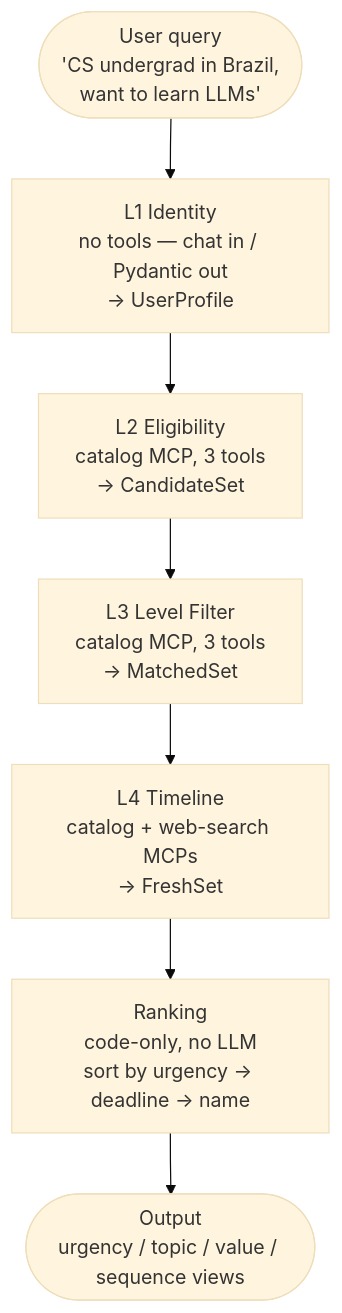
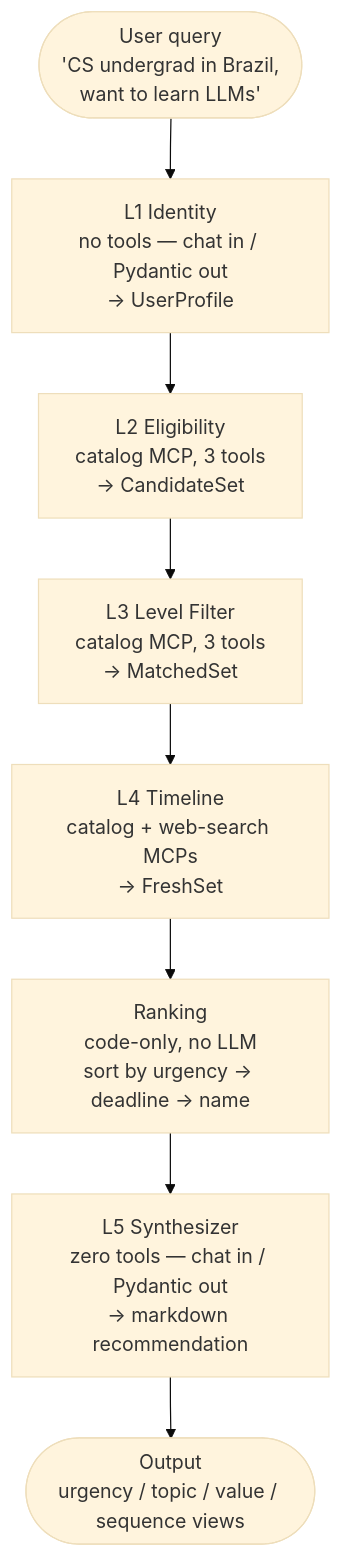
The diagram in README.md (kannch8765/lumi), drawn with Mermaid (base theme) before and after one commit. The commit also changed other lines of this file and 25 other files, not shown here.

````diff
--- a/README.md
+++ b/README.md
@@ -46,12 +46,13 @@
 ```mermaid
 flowchart TD
     User(["User query<br/>'CS undergrad in Brazil,<br/>want to learn LLMs'"])
     L1["L1 Identity<br/>no tools — chat in / Pydantic out<br/>→ UserProfile"]
     L2["L2 Eligibility<br/>catalog MCP, 3 tools<br/>→ CandidateSet"]
     L3["L3 Level Filter<br/>catalog MCP, 3 tools<br/>→ MatchedSet"]
     L4["L4 Timeline<br/>catalog + web-search MCPs<br/>→ FreshSet"]
     Rank["Ranking<br/>code-only, no LLM<br/>sort by urgency → deadline → name"]
+    L5["L5 Synthesizer<br/>zero tools — chat in / Pydantic out<br/>→ markdown recommendation"]
     Output(["Output<br/>urgency / topic / value / sequence views"])
 
-    User --> L1 --> L2 --> L3 --> L4 --> Rank --> Output
+    User --> L1 --> L2 --> L3 --> L4 --> Rank --> L5 --> Output
 ```
````
